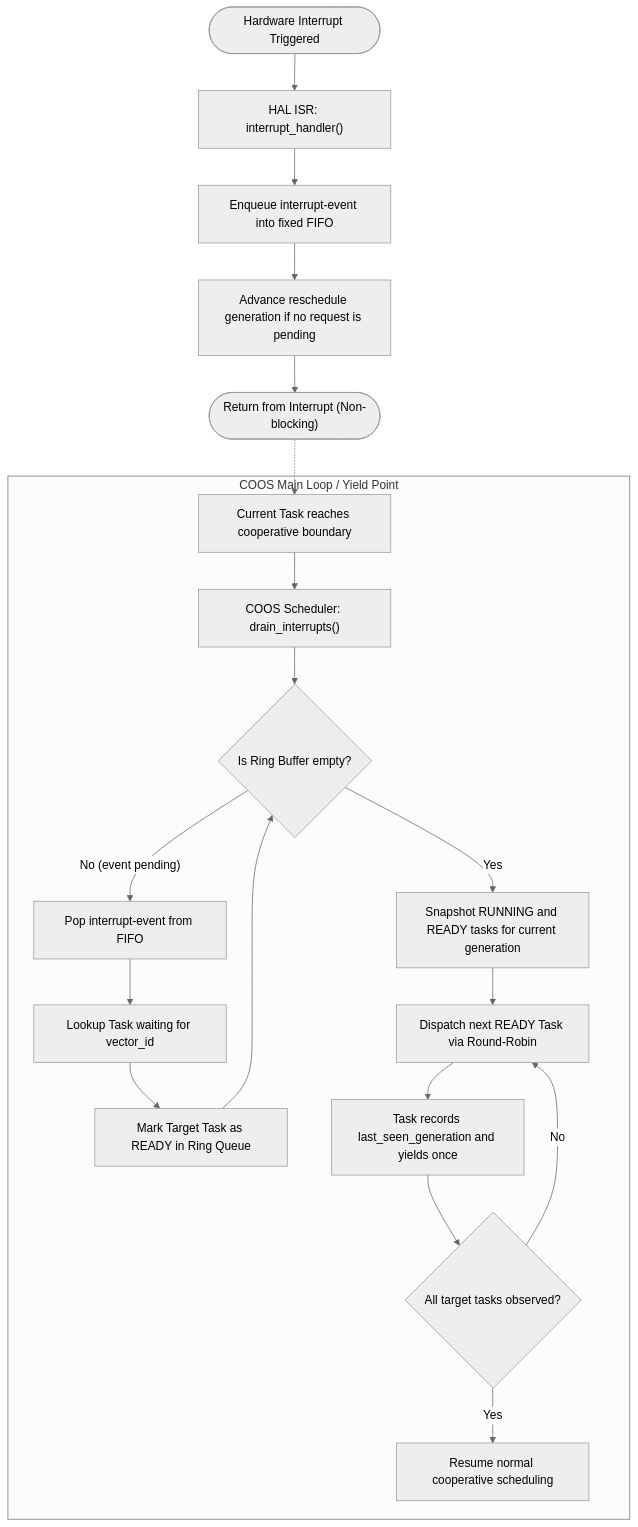
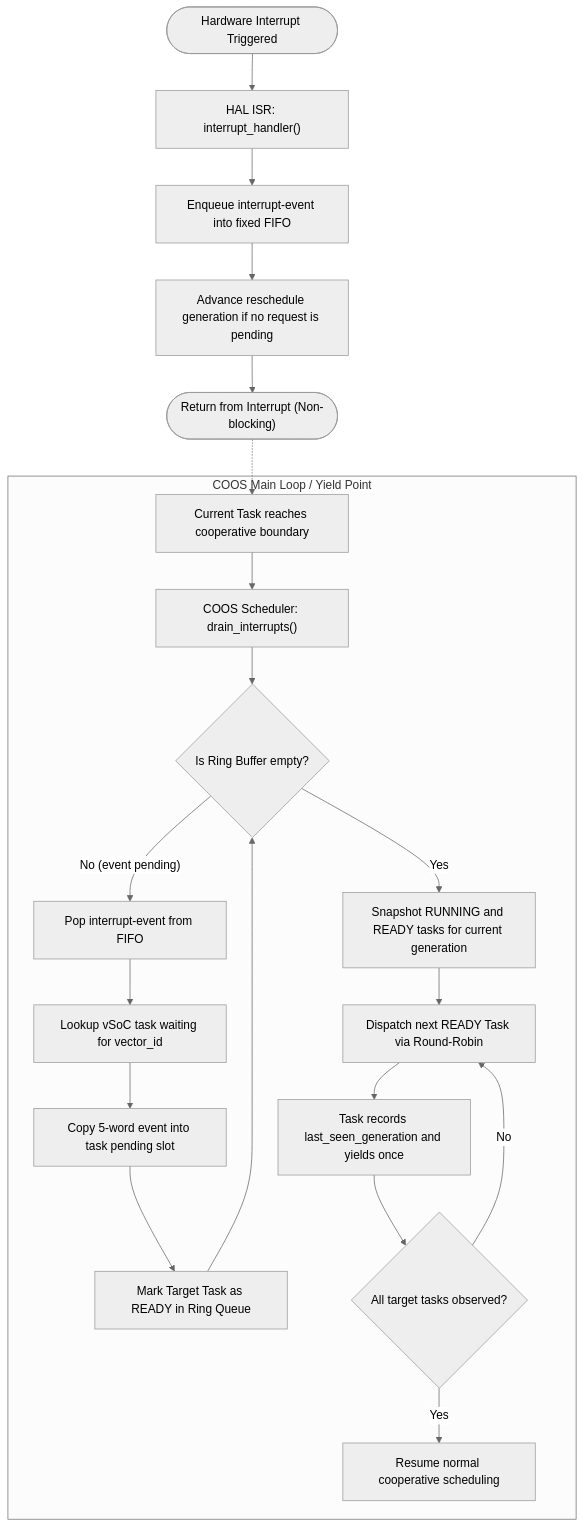
Before and after one commit to kmt-t/fireball: the third of 5 diagrams in docs/components/tier1_core/os_coos.md, drawn with Mermaid (neutral theme). The commit also changed other lines of this file and 10 other files, not shown here.

````diff
--- a/docs/components/tier1_core/os_coos.md
+++ b/docs/components/tier1_core/os_coos.md
@@ -130,23 +130,24 @@
 ```mermaid
 flowchart TD
     Start(["Hardware Interrupt Triggered"]) --> ISR["HAL ISR: interrupt_handler()"]
     ISR --> Post["Enqueue interrupt-event into fixed FIFO"]
     Post --> Gen["Advance reschedule generation if no request is pending"]
     Gen --> RetISR(["Return from Interrupt (Non-blocking)"])
 
     subgraph COOS Main Loop / Yield Point
         YieldPoint["Current Task reaches cooperative boundary"] --> Drain["COOS Scheduler: drain_interrupts()"]
         Drain --> CheckRing{"Is Ring Buffer empty?"}
         CheckRing -- "No (event pending)" --> Pop["Pop interrupt-event from FIFO"]
-        Pop --> Lookup["Lookup Task waiting for vector_id"]
-        Lookup --> Wake["Mark Target Task as READY in Ring Queue"]
+        Pop --> Lookup["Lookup vSoC task waiting for vector_id"]
+        Lookup --> Handoff["Copy 5-word event into task pending slot"]
+        Handoff --> Wake["Mark Target Task as READY in Ring Queue"]
         Wake --> CheckRing
         CheckRing -- "Yes" --> Snapshot["Snapshot RUNNING and READY tasks for current generation"]
         Snapshot --> SchedNext["Dispatch next READY Task via Round-Robin"]
         SchedNext --> Observe["Task records last_seen_generation and yields once"]
         Observe --> RoundDone{"All target tasks observed?"}
         RoundDone -- "No" --> SchedNext
         RoundDone -- "Yes" --> Normal["Resume normal cooperative scheduling"]
     end
     RetISR -.-> YieldPoint
 ```
````
